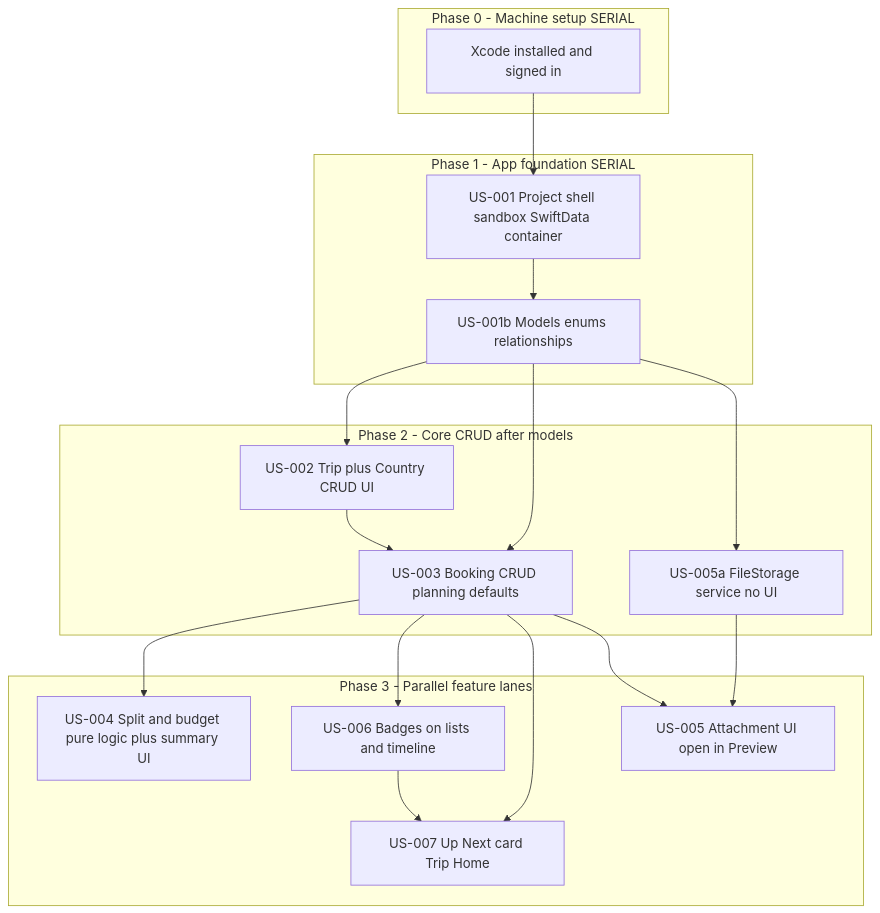
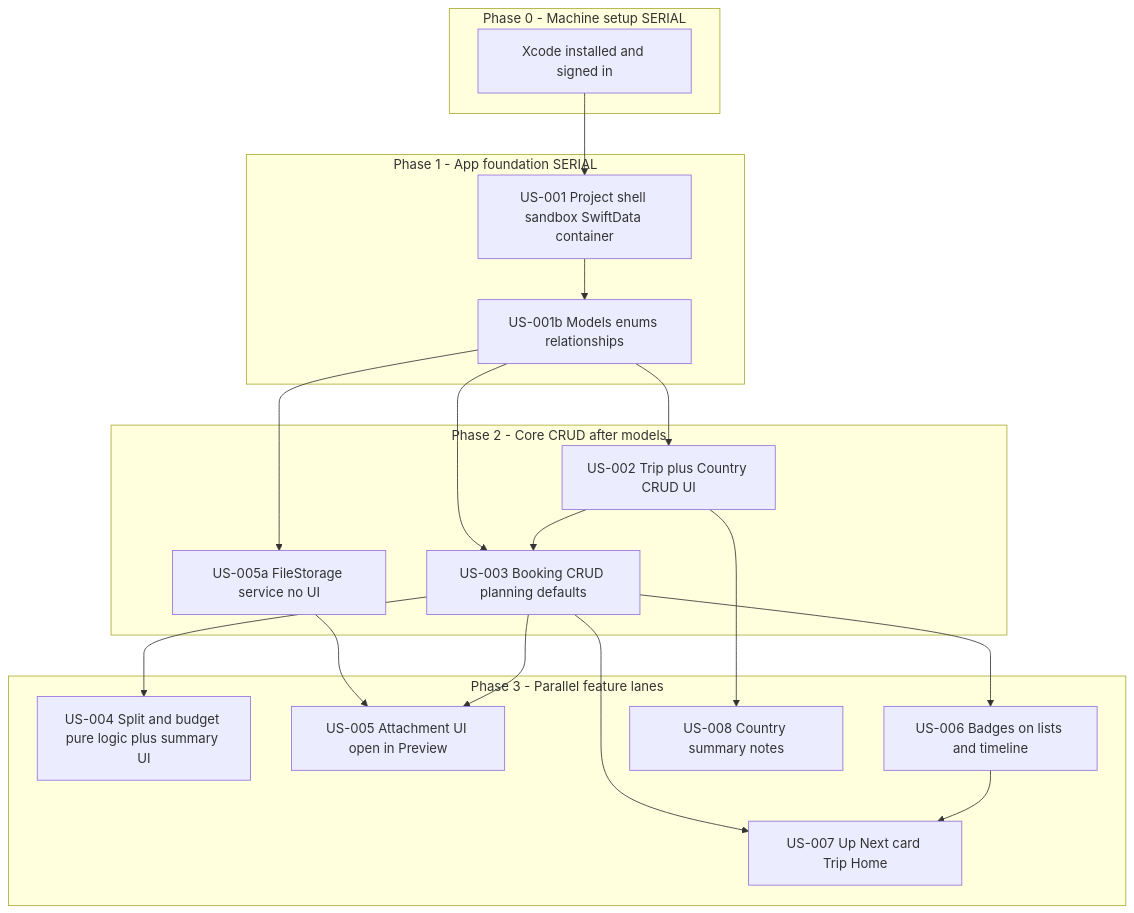
One commit to timrodz/TravelEasy changed the diagram in tasks/prd-traveleasy.md. Above: the diagram before and after it, drawn with Mermaid. The commit also changed other lines of this file and 5 other files, not shown here.

````diff
--- a/tasks/prd-traveleasy.md
+++ b/tasks/prd-traveleasy.md
@@ -24,37 +25,39 @@
 ```mermaid
 flowchart TD
   subgraph phase0 [Phase 0 - Machine setup SERIAL]
     XcodeReady[Xcode installed and signed in]
   end
 
   subgraph phase1 [Phase 1 - App foundation SERIAL]
     US001[US-001 Project shell sandbox SwiftData container]
     US001b[US-001b Models enums relationships]
     US001 --> US001b
   end
 
   subgraph phase2 [Phase 2 - Core CRUD after models]
     US002[US-002 Trip plus Country CRUD UI]
     US003[US-003 Booking CRUD planning defaults]
     US005a[US-005a FileStorage service no UI]
   end
 
   subgraph phase3 [Phase 3 - Parallel feature lanes]
     US004[US-004 Split and budget pure logic plus summary UI]
     US005[US-005 Attachment UI open in Preview]
     US006[US-006 Badges on lists and timeline]
     US007[US-007 Up Next card Trip Home]
+    US008[US-008 Country summary notes]
   end
 
   XcodeReady --> US001
   US001b --> US002
   US001b --> US003
   US001b --> US005a
   US002 --> US003
+  US002 --> US008
   US003 --> US004
   US003 --> US006
   US003 --> US007
   US005a --> US005
   US003 --> US005
   US006 --> US007
 ```
````
